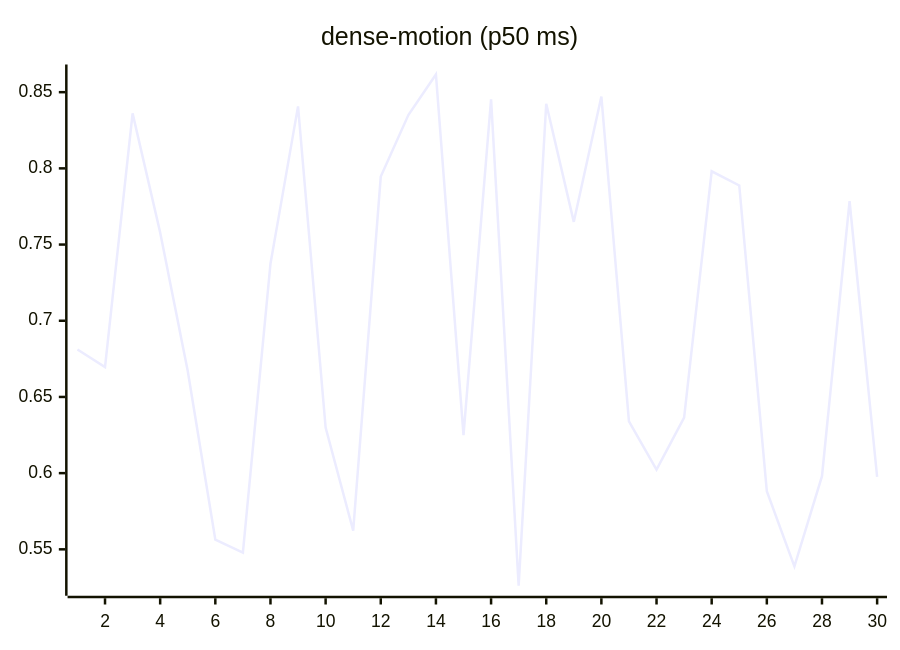
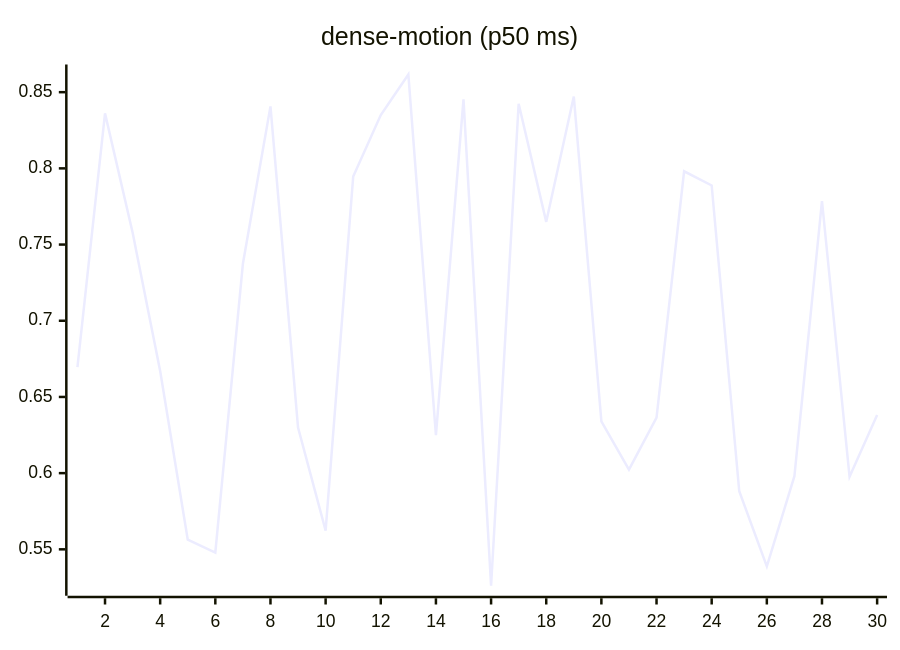
The ninth of 27 diagrams in README.md (josha/Facet), drawn with Mermaid before and after one commit. The commit also changed other lines of this file and 2 other files, not shown here.

````diff
--- a/README.md
+++ b/README.md
@@ -119,6 +119,6 @@
 ```mermaid
 xychart-beta
     title "dense-motion (p50 ms)"
     x-axis 1 --> 30
-    line [0.6811, 0.6696, 0.8361, 0.7579, 0.6670, 0.5564, 0.5479, 0.7374, 0.8407, 0.6299, 0.5623, 0.7946, 0.8350, 0.8616, 0.6249, 0.8453, 0.5261, 0.8424, 0.7649, 0.8471, 0.6340, 0.6023, 0.6364, 0.7981, 0.7888, 0.5881, 0.5388, 0.5980, 0.7785, 0.5976]
+    line [0.6696, 0.8361, 0.7579, 0.6670, 0.5564, 0.5479, 0.7374, 0.8407, 0.6299, 0.5623, 0.7946, 0.8350, 0.8616, 0.6249, 0.8453, 0.5261, 0.8424, 0.7649, 0.8471, 0.6340, 0.6023, 0.6364, 0.7981, 0.7888, 0.5881, 0.5388, 0.5980, 0.7785, 0.5976, 0.6382]
 ```
````
